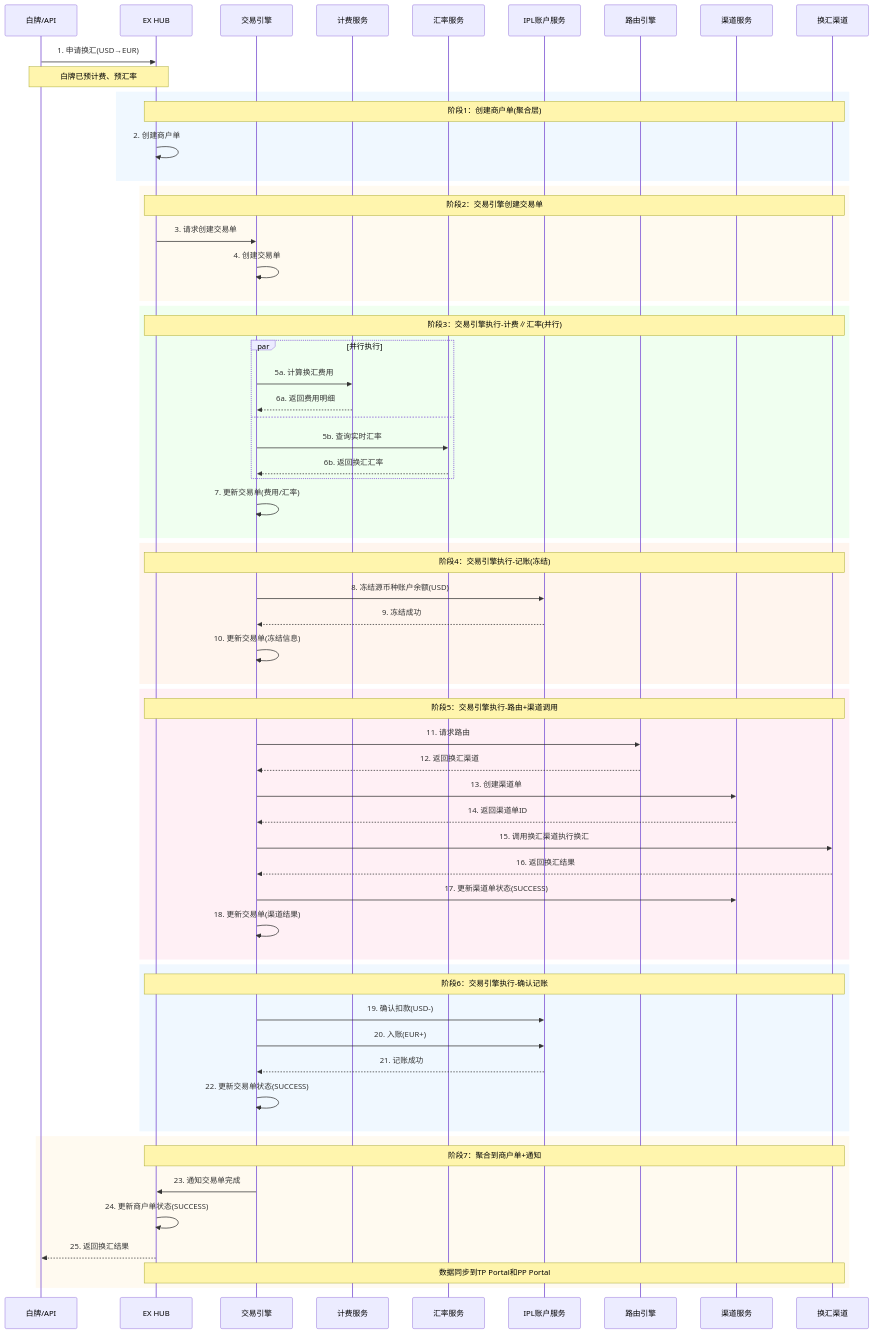
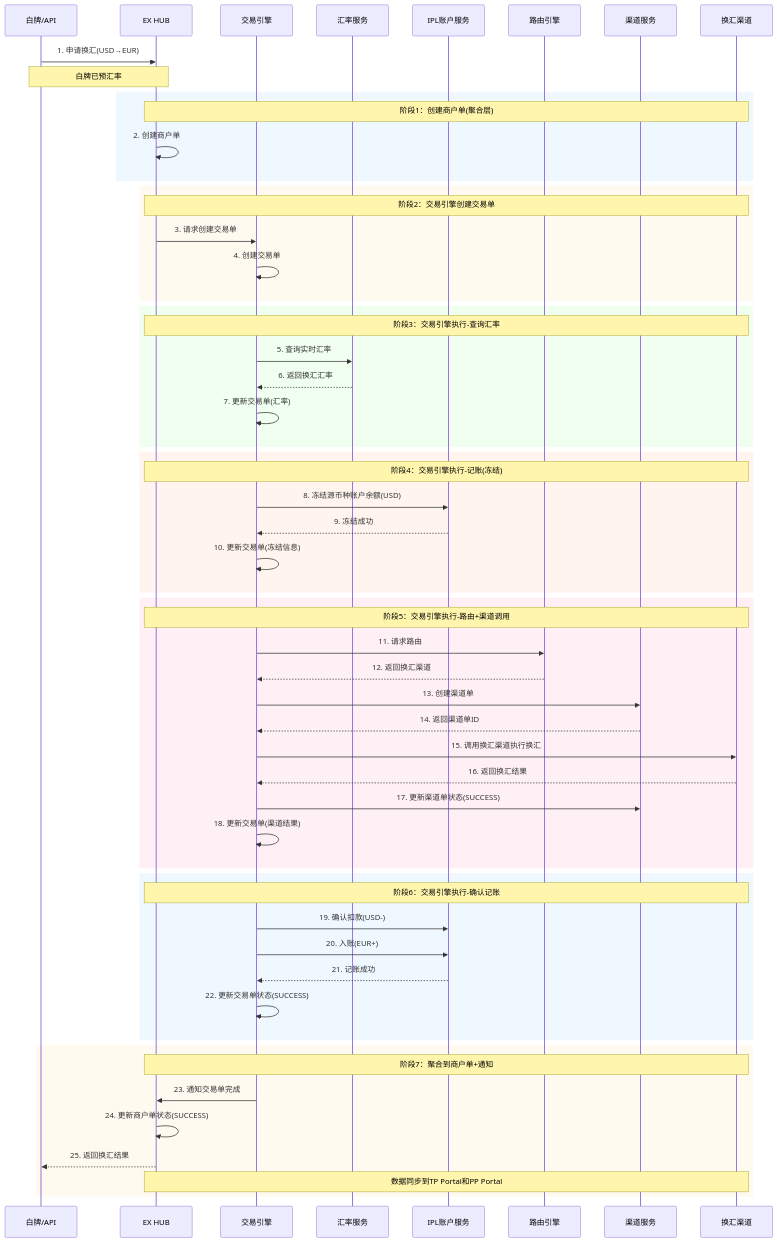
The seventh of 10 diagrams in CRYPTOandFiat/on/交易流程设计-v2.md (xiaoxiaoangie/EX-NEW), drawn with Mermaid before and after one commit. The commit also changed other lines of this file, not shown here.

````diff
--- a/CRYPTOandFiat/on/交易流程设计-v2.md
+++ b/CRYPTOandFiat/on/交易流程设计-v2.md
@@ -762,74 +763,68 @@
 ```mermaid
 sequenceDiagram
     participant WP as 白牌/API
     participant HUB as EX HUB
     participant TE as 交易引擎
-    participant Pricing as 计费服务
     participant FX as 汇率服务
     participant Account as IPL账户服务
     participant Router as 路由引擎
     participant CO as 渠道服务
     participant Channel as 换汇渠道
   
     WP->>HUB: 1. 申请换汇(USD→EUR)
   
-    Note over WP,HUB: 白牌已预计费、预汇率
+    Note over WP,HUB: 白牌已预汇率
   
     rect rgb(240, 248, 255)
         Note over HUB,Channel: 阶段1：创建商户单(聚合层)
         HUB->>HUB: 2. 创建商户单
     end
   
     rect rgb(255, 250, 240)
         Note over HUB,Channel: 阶段2：交易引擎创建交易单
         HUB->>TE: 3. 请求创建交易单
         TE->>TE: 4. 创建交易单
     end
   
     rect rgb(240, 255, 240)
-        Note over HUB,Channel: 阶段3：交易引擎执行-计费∥汇率(并行)
-        par 并行执行
-            TE->>Pricing: 5a. 计算换汇费用
-            Pricing-->>TE: 6a. 返回费用明细
-        and
-            TE->>FX: 5b. 查询实时汇率
-            FX-->>TE: 6b. 返回换汇汇率
-        end
-        TE->>TE: 7. 更新交易单(费用/汇率)
+        Note over HUB,Channel: 阶段3：交易引擎执行-查询汇率
+        TE->>FX: 5. 查询实时汇率
+        FX-->>TE: 6. 返回换汇汇率
+        TE->>TE: 7. 更新交易单(汇率)
     end
   
     rect rgb(255, 245, 238)
         Note over HUB,Channel: 阶段4：交易引擎执行-记账(冻结)
         TE->>Account: 8. 冻结源币种账户余额(USD)
         Account-->>TE: 9. 冻结成功
         TE->>TE: 10. 更新交易单(冻结信息)
     end
   
     rect rgb(255, 240, 245)
         Note over HUB,Channel: 阶段5：交易引擎执行-路由+渠道调用
         TE->>Router: 11. 请求路由
         Router-->>TE: 12. 返回换汇渠道
         TE->>CO: 13. 创建渠道单
         CO-->>TE: 14. 返回渠道单ID
         TE->>Channel: 15. 调用换汇渠道执行换汇
         Channel-->>TE: 16. 返回换汇结果
         TE->>CO: 17. 更新渠道单状态(SUCCESS)
         TE->>TE: 18. 更新交易单(渠道结果)
     end
   
     rect rgb(240, 248, 255)
         Note over HUB,Channel: 阶段6：交易引擎执行-确认记账
         TE->>Account: 19. 确认扣款(USD-)
         TE->>Account: 20. 入账(EUR+)
         Account-->>TE: 21. 记账成功
         TE->>TE: 22. 更新交易单状态(SUCCESS)
     end
   
     rect rgb(255, 250, 240)
         Note over HUB,Channel: 阶段7：聚合到商户单+通知
         TE->>HUB: 23. 通知交易单完成
         HUB->>HUB: 24. 更新商户单状态(SUCCESS)
         HUB-->>WP: 25. 返回换汇结果
         Note over HUB,Channel: 数据同步到TP Portal和PP Portal
     end
 ```
````
